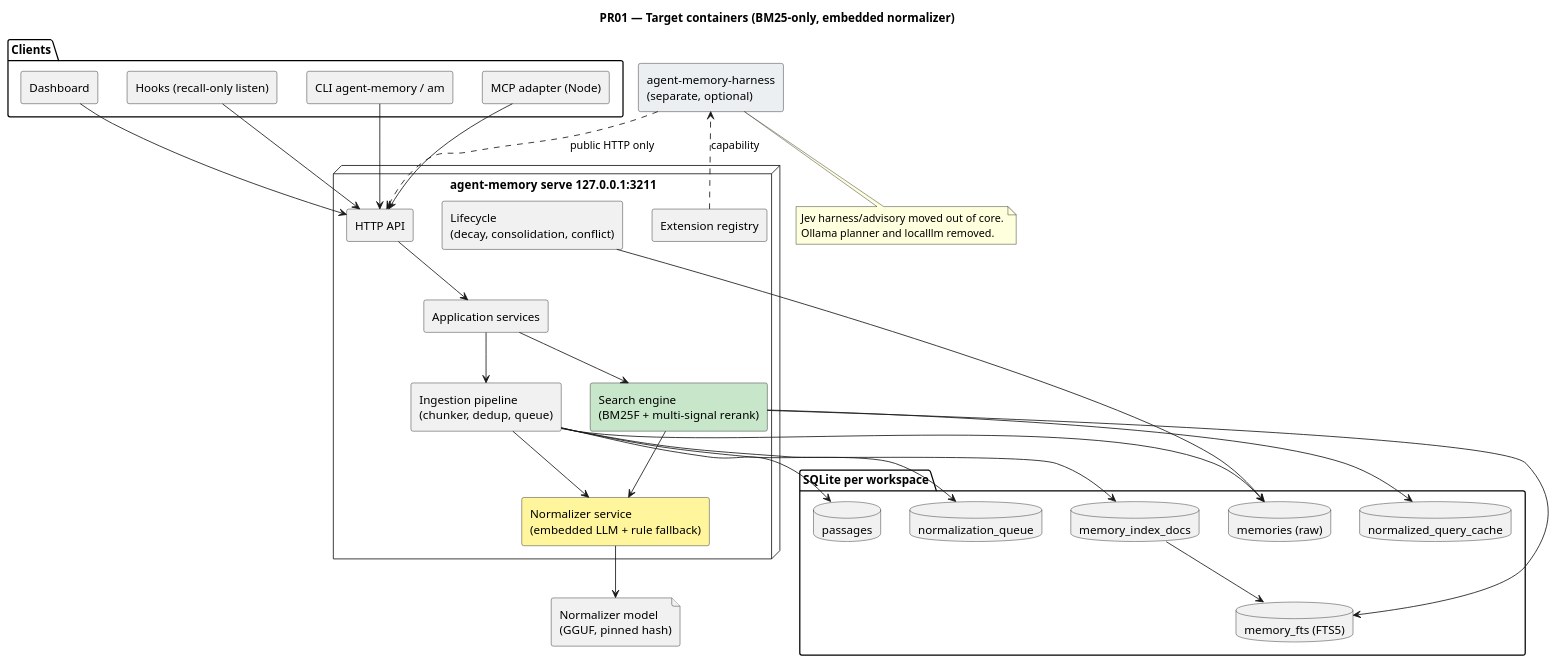
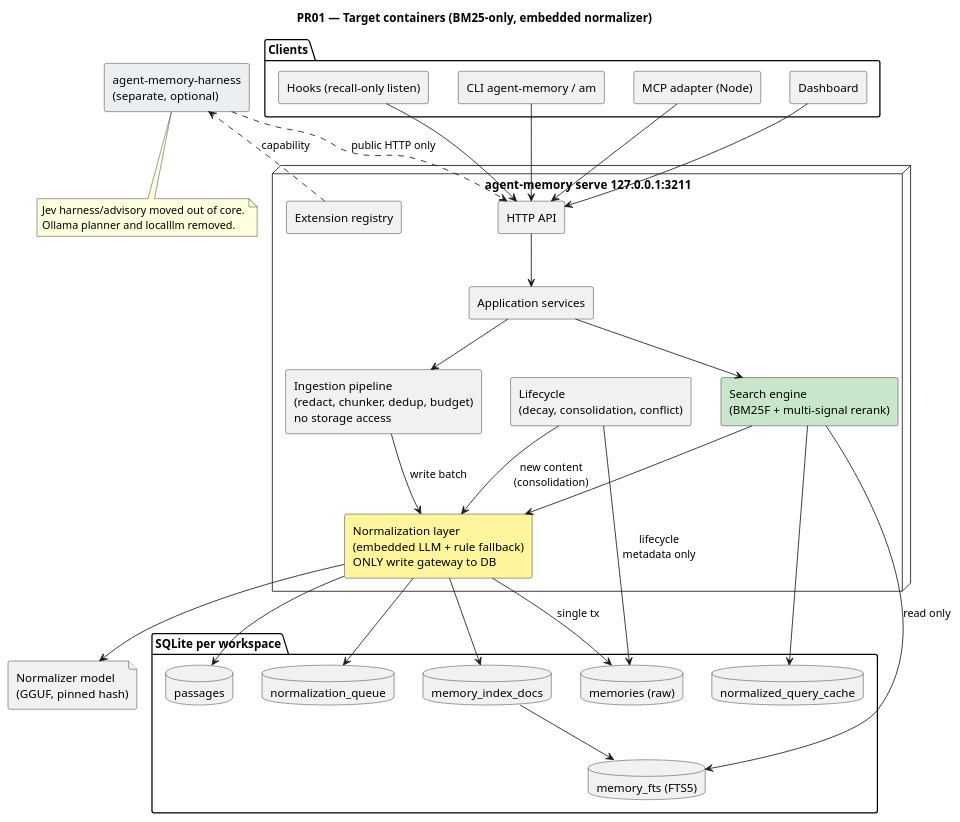
Before and after one commit to taimufuraiyaa/agent-memory: the diagram in docs/pr01/planning-artifacts/architecture/architecture-agent-memory-2026-10-20/diagrams/01-target-containers.puml, drawn with PlantUML. The commit also changed 10 other files, not shown here.

First line of the commit message:
Route all PR01 writes through the normalization layer (AD-12)

```diff
--- a/docs/pr01/planning-artifacts/architecture/architecture-agent-memory-2026-10-20/diagrams/01-target-containers.puml
+++ b/docs/pr01/planning-artifacts/architecture/architecture-agent-memory-2026-10-20/diagrams/01-target-containers.puml
@@ -1,59 +1,60 @@
 @startuml 01-target-containers
 title PR01 — Target containers (BM25-only, embedded normalizer)
 skinparam componentStyle rectangle
 
 package "Clients" {
   [CLI agent-memory / am] as CLI
   [MCP adapter (Node)] as MCP
   [Dashboard] as Dash
   [Hooks (recall-only listen)] as Hooks
 }
 
 node "agent-memory serve  127.0.0.1:3211" {
   [HTTP API] as API
   [Application services] as App
-  [Ingestion pipeline\n(chunker, dedup, queue)] as Ingest
-  [Normalizer service\n(embedded LLM + rule fallback)] as Norm #FFF59D
+  [Ingestion pipeline\n(redact, chunker, dedup, budget)\nno storage access] as Ingest
+  [Normalization layer\n(embedded LLM + rule fallback)\nONLY write gateway to DB] as Norm #FFF59D
   [Search engine\n(BM25F + multi-signal rerank)] as Search #C8E6C9
   [Lifecycle\n(decay, consolidation, conflict)] as Life
   [Extension registry] as Ext
 }
 
 package "SQLite per workspace" {
   database "memories (raw)" as Mem
   database "memory_index_docs" as Docs
   database "memory_fts (FTS5)" as FTS
   database "passages" as Pass
   database "normalization_queue" as NQ
   database "normalized_query_cache" as QC
 }
 
 file "Normalizer model\n(GGUF, pinned hash)" as Model
 [agent-memory-harness\n(separate, optional)] as Harness #ECEFF1
 
 CLI --> API
 MCP --> API
 Dash --> API
 Hooks --> API
 API --> App
 App --> Ingest
 App --> Search
-Ingest --> Norm
+Ingest --> Norm : write batch
 Search --> Norm
 Norm --> Model
-Ingest --> Mem
-Ingest --> Docs
-Ingest --> Pass
-Ingest --> NQ
+Norm --> Mem : single tx
+Norm --> Docs
+Norm --> Pass
+Norm --> NQ
 Docs --> FTS
-Search --> FTS
+Search --> FTS : read only
 Search --> QC
-Life --> Mem
+Life --> Norm : new content\n(consolidation)
+Life --> Mem : lifecycle\nmetadata only
 Harness ..> API : public HTTP only
 Ext ..> Harness : capability
 
 note bottom of Harness
   Jev harness/advisory moved out of core.
   Ollama planner and localllm removed.
 end note
 @enduml
```
